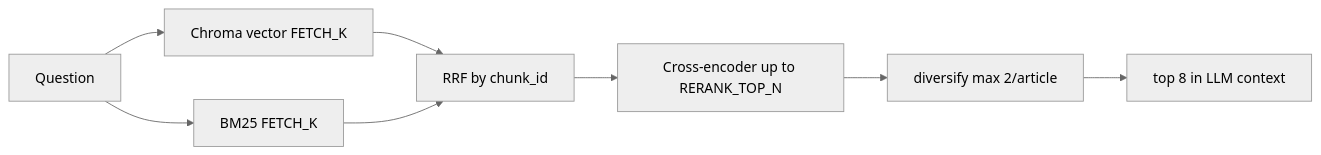
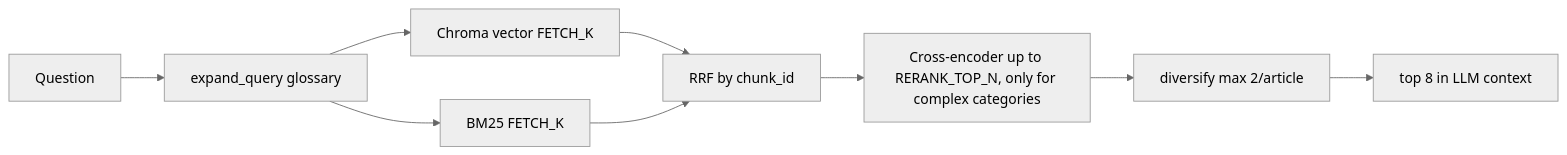
The diagram in docs/knowledge-base/rag-hybrid-search.md (kantik001/grounded_horticulture_en), drawn with Mermaid (neutral theme) before and after one commit. The commit also changed other lines of this file and 25 other files, not shown here.

````diff
--- a/docs/knowledge-base/rag-hybrid-search.md
+++ b/docs/knowledge-base/rag-hybrid-search.md
@@ -26,10 +26,11 @@
 ```mermaid
 flowchart LR
-    Q[Question] --> V[Chroma vector FETCH_K]
-    Q --> B[BM25 FETCH_K]
+    Q[Question] --> X[expand_query glossary]
+    X --> V[Chroma vector FETCH_K]
+    X --> B[BM25 FETCH_K]
     V --> RRF[RRF by chunk_id]
     B --> RRF
-    RRF --> CE[Cross-encoder up to RERANK_TOP_N]
+    RRF --> CE[Cross-encoder up to RERANK_TOP_N, only for complex categories]
     CE --> D[diversify max 2/article]
     D --> K[top 8 in LLM context]
 ```
````
